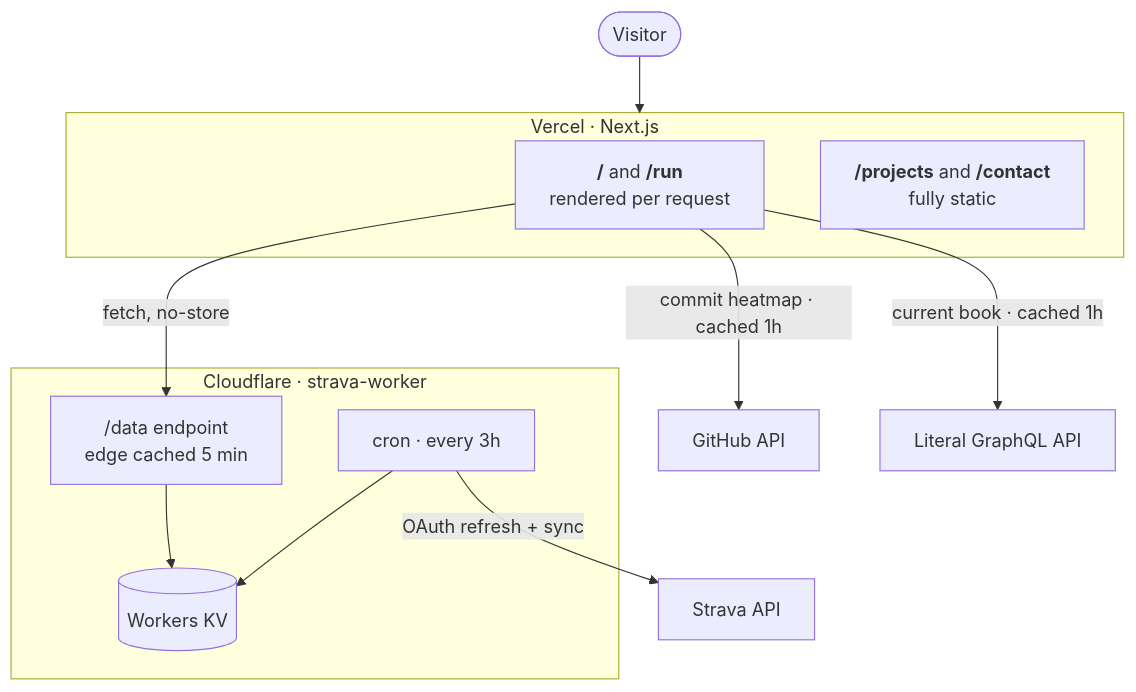
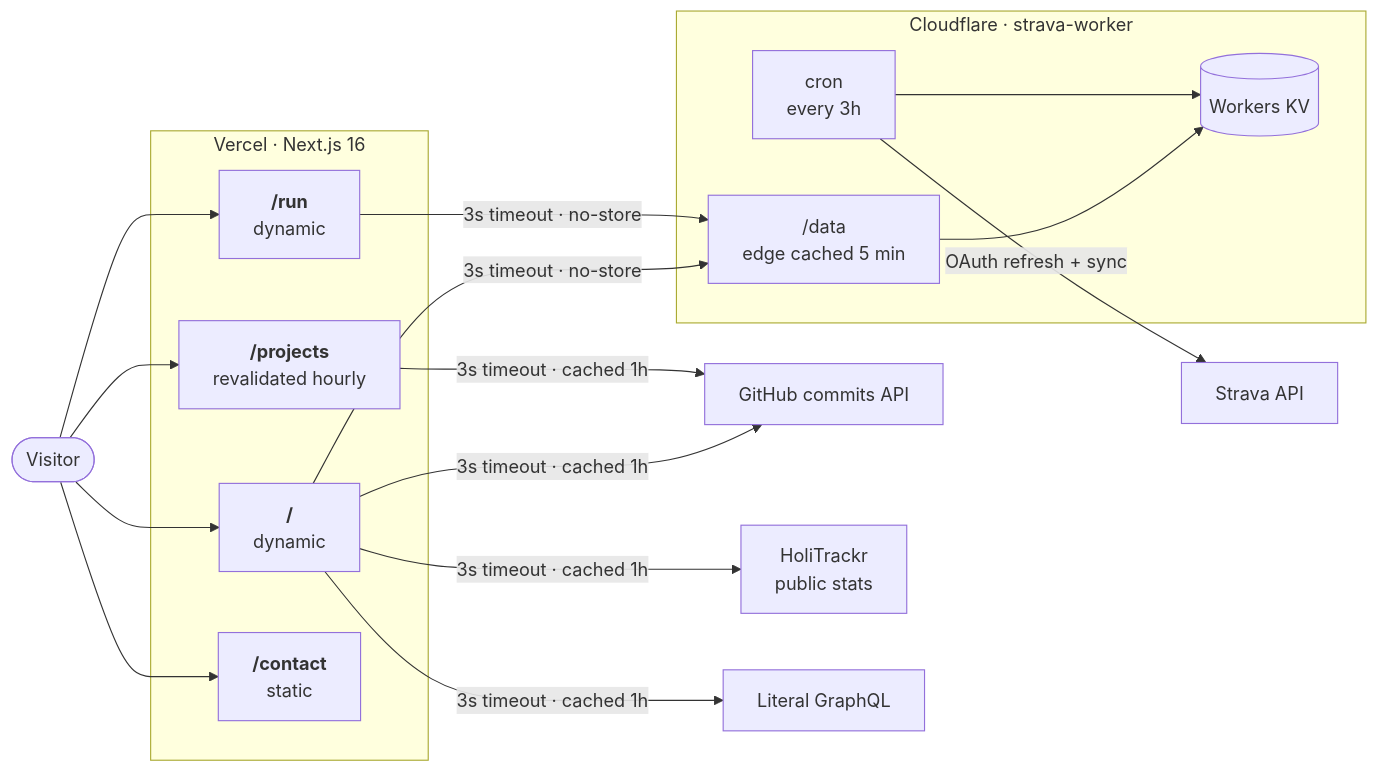
The diagram in README.md (KodaAllison/portfolio-website), drawn with Mermaid before and after one commit. The commit also changed other lines of this file, not shown here.

````diff
--- a/README.md
+++ b/README.md
@@ -11,27 +13,38 @@
 ```mermaid
-flowchart TB
+flowchart LR
     visitor([Visitor])
 
-    subgraph vercel [Vercel · Next.js]
-        dynamic["<b>/</b> and <b>/run</b><br/>rendered per request"]
-        static["<b>/projects</b> and <b>/contact</b><br/>fully static"]
+    subgraph vercel [Vercel · Next.js 16]
+        home["<b>/</b><br/>dynamic"]
+        run["<b>/run</b><br/>dynamic"]
+        projects["<b>/projects</b><br/>revalidated hourly"]
+        contact["<b>/contact</b><br/>static"]
     end
 
-    subgraph cf [Cloudflare · strava-worker]
-        data["/data endpoint<br/>edge cached 5 min"]
-        kv[("Workers KV")]
-        cron["cron · every 3h"]
+    subgraph cloudflare [Cloudflare · strava-worker]
+        data["/data<br/>edge cached 5 min"]
+        kv[(Workers KV)]
+        cron["cron<br/>every 3h"]
     end
 
-    strava["Strava API"]
-    github["GitHub API"]
-    literal["Literal GraphQL API"]
+    strava[Strava API]
+    github[GitHub commits API]
+    holitrackr["HoliTrackr<br/>public stats"]
+    literal[Literal GraphQL]
 
-    visitor --> vercel
-    dynamic -- "fetch, no-store" --> data
-    dynamic -- "commit heatmap · cached 1h" --> github
-    dynamic -- "current book · cached 1h" --> literal
+    visitor --> home
+    visitor --> run
+    visitor --> projects
+    visitor --> contact
+
+    home -- "3s timeout · no-store" --> data
+    run -- "3s timeout · no-store" --> data
+    home -- "3s timeout · cached 1h" --> github
+    projects -- "3s timeout · cached 1h" --> github
+    home -- "3s timeout · cached 1h" --> holitrackr
+    home -- "3s timeout · cached 1h" --> literal
+
     data --> kv
     cron -- "OAuth refresh + sync" --> strava
     cron --> kv
 ```
````
